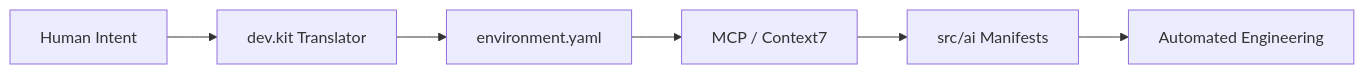
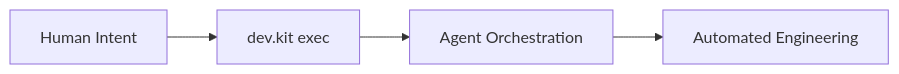
Before and after one commit to udx/dev.kit: the fourth of 4 diagrams in README.md, drawn with Mermaid. The commit also changed other lines of this file and 4 other files, not shown here.

````diff
--- a/README.md
+++ b/README.md
@@ -64,8 +63,6 @@
 ```mermaid
 flowchart LR
-    User[Human Intent] --> TR[dev.kit Translator]
-    TR --> YML[environment.yaml]
-    YML --> ECO[MCP / Context7]
-    ECO --> MAN[src/ai Manifests]
-    MAN --> AUTO[Automated Engineering]
+    Intent[Human Intent] --> Exec[dev.kit exec]
+    Exec --> AI[Agent Orchestration]
+    AI --> Auto[Automated Engineering]
 ```
````
